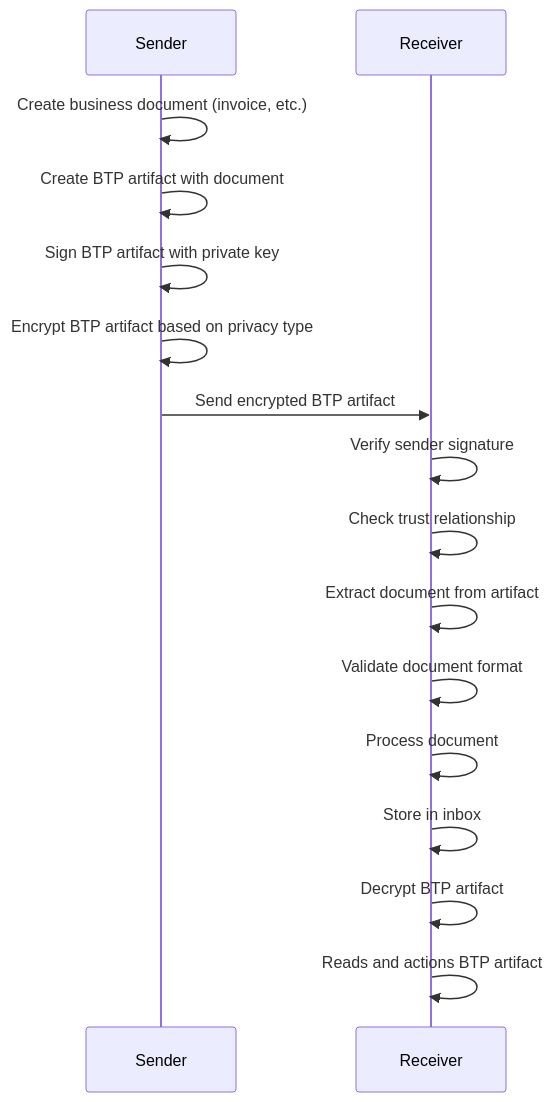
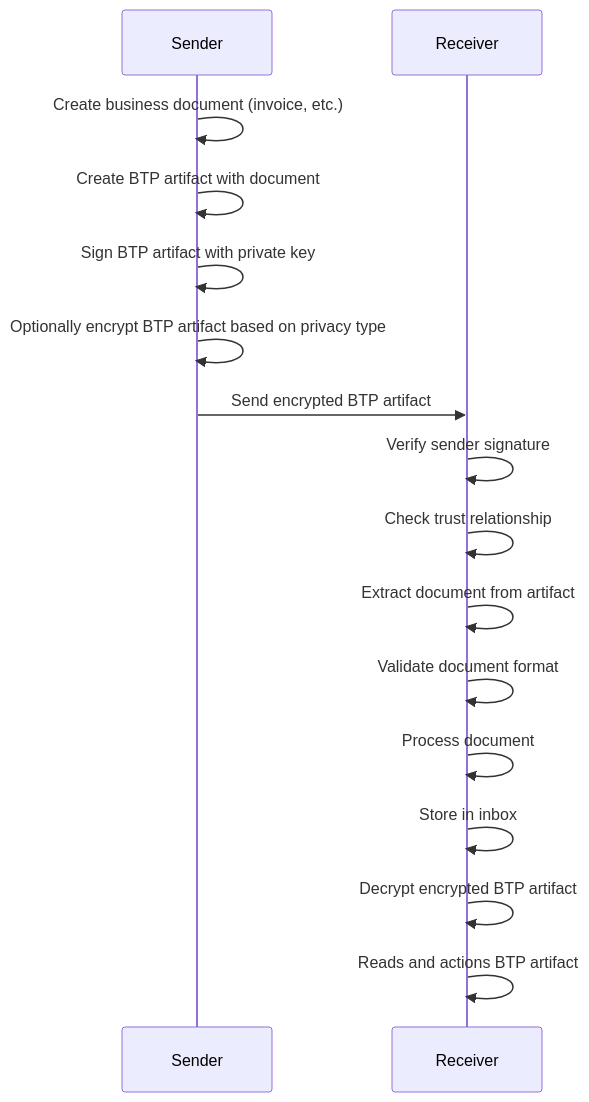
The fourth of 7 diagrams in docs/docusaurus/docs/protocol/messageFlow.md (openbtps/btps-node), drawn with Mermaid before and after one commit. The commit also changed other lines of this file and 28 other files, not shown here.

````diff
--- a/docs/docusaurus/docs/protocol/messageFlow.md
+++ b/docs/docusaurus/docs/protocol/messageFlow.md
@@ -197,20 +200,20 @@
 ```mermaid
 sequenceDiagram
     participant S as Sender
     participant R as Receiver
     
     S->>S: Create business document (invoice, etc.)
     S->>S: Create BTP artifact with document
     S->>S: Sign BTP artifact with private key
-    S->>S: Encrypt BTP artifact based on privacy type
+    S->>S: Optionally encrypt BTP artifact based on privacy type
     S->>R: Send encrypted BTP artifact
     
     R->>R: Verify sender signature
     R->>R: Check trust relationship
     R->>R: Extract document from artifact
     R->>R: Validate document format
     R->>R: Process document
     R->>R: Store in inbox
-    R->>R: Decrypt BTP artifact
+    R->>R: Decrypt encrypted BTP artifact
     R->>R: Reads and actions BTP artifact
 ```
````
